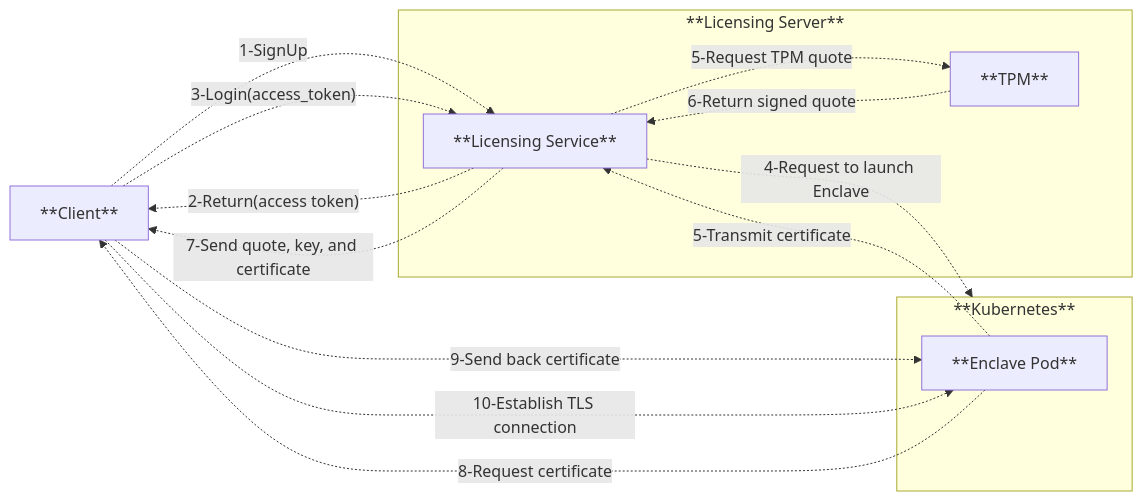
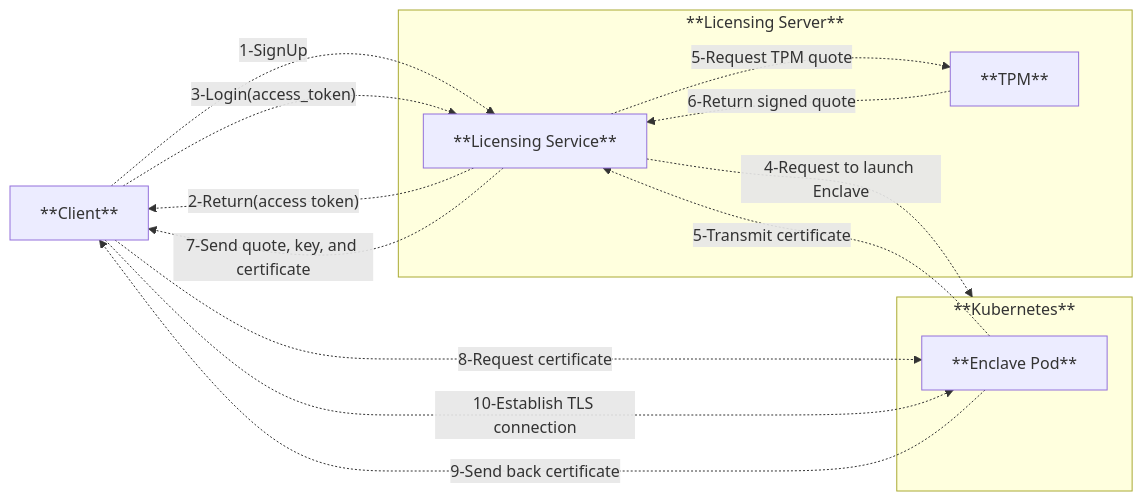
One commit to mmbazm/secure_license_server changed the first of 2 diagrams in README.md. Above: the diagram before and after it, drawn with Mermaid.

Commit message:
fix error in diagram of main README

````diff
--- a/README.md
+++ b/README.md
@@ -28,23 +28,23 @@
 ```mermaid
 flowchart LR
     A["**Client**"] -. 1-SignUp .-> B["**Licensing Service**"]
     B -. 2-Return(access token) .-> A
     A -. 3-Login(access_token) .-> B
     
     subgraph K["**Kubernetes**"]
         C["**Enclave Pod**"]
     end
     
     B -. 4-Request to launch Enclave .-> K
     C -. 5-Transmit certificate .-> B
     
     subgraph L["**Licensing Server**"]
         B -. 5-Request TPM quote .-> D["**TPM**"]
         D -. 6-Return signed quote .-> B
     end
 
     B -. 7-Send quote, key, and certificate .-> A    
-    C -. 8-Request certificate .-> A
-    A -. 9-Send back certificate .-> C
+    A -. 8-Request certificate .-> C
+    C -. 9-Send back certificate .-> A
     A -. 10-Establish TLS connection .-> C
 ```
````
